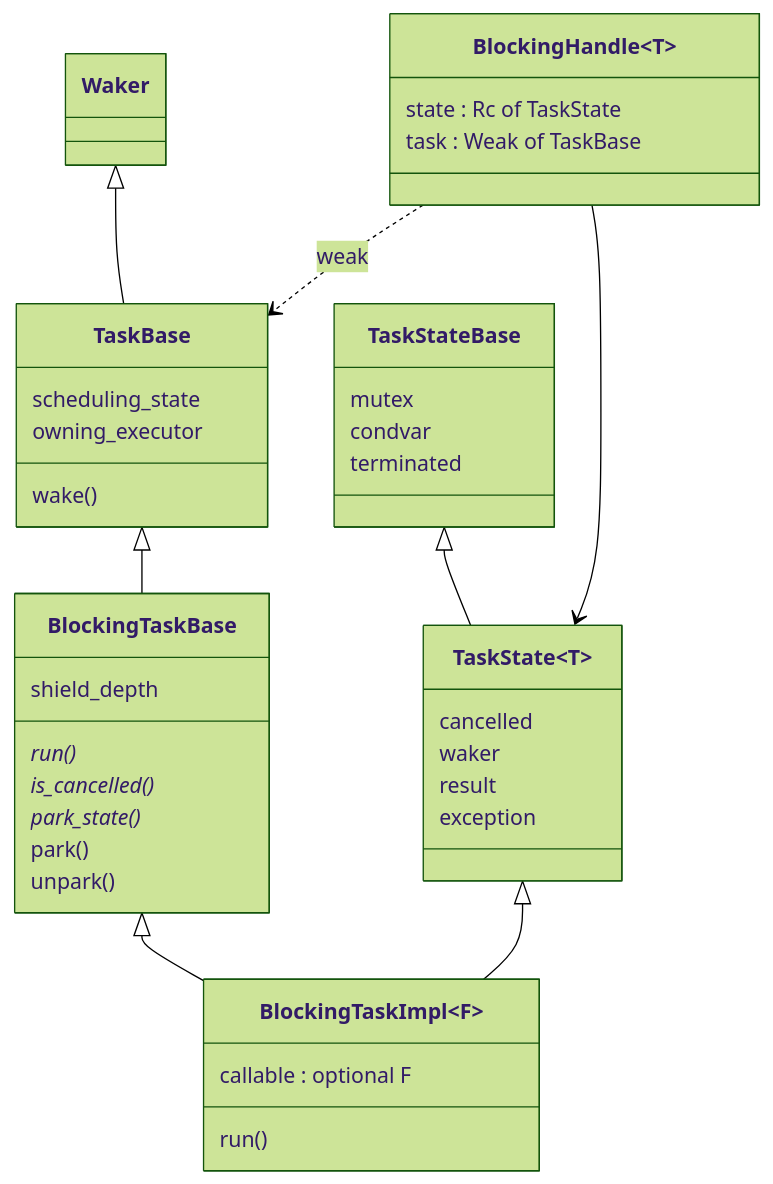
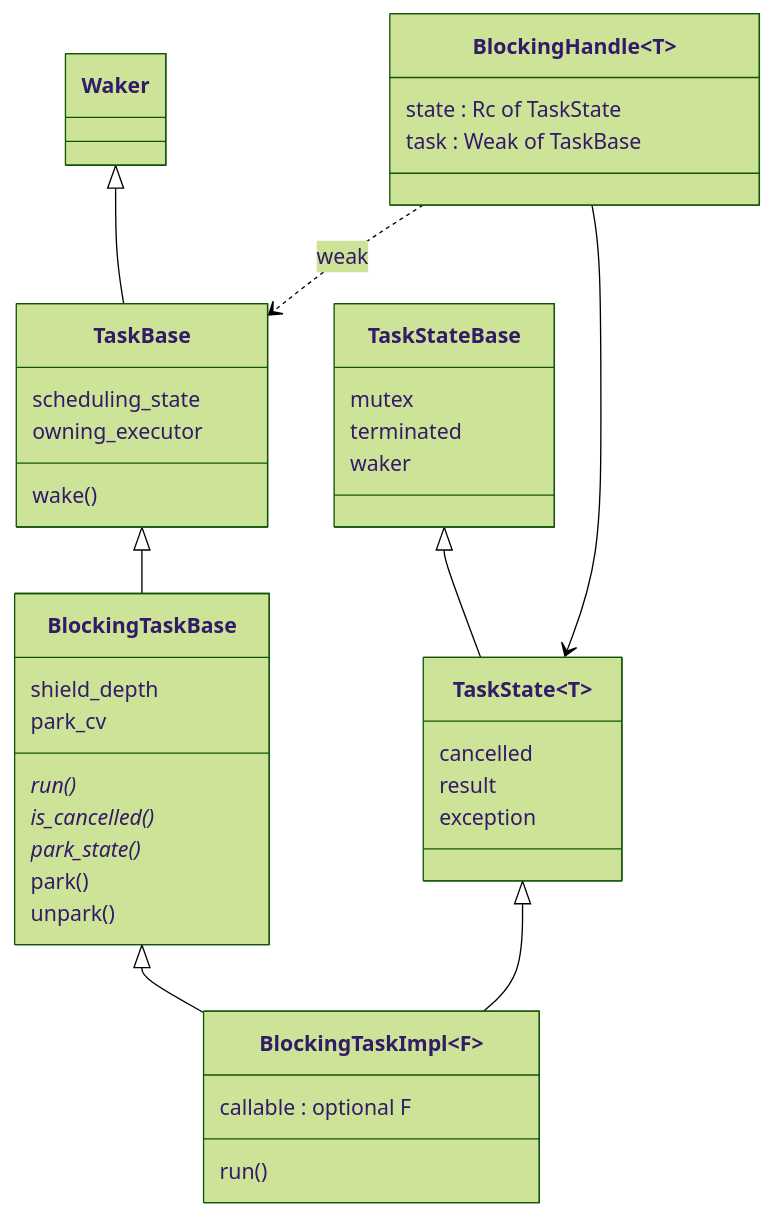
Before and after one commit to bts164/coro: the first of 4 diagrams in doc/design/spawn_blocking.md, drawn with Mermaid (forest theme). The commit also changed other lines of this file and 43 other files, not shown here.

````diff
--- a/doc/design/spawn_blocking.md
+++ b/doc/design/spawn_blocking.md
@@ -200,43 +200,43 @@
 ```mermaid
 classDiagram
     class Waker
     class TaskBase {
         scheduling_state
         owning_executor
         wake()
     }
     class TaskStateBase {
         mutex
-        condvar
         terminated
+        waker
     }
     class TaskState~T~ {
         cancelled
-        waker
         result
         exception
     }
     class BlockingTaskBase {
         shield_depth
+        park_cv
         run()*
         is_cancelled()*
         park_state()*
         park()
         unpark()
     }
     class BlockingTaskImpl~F~ {
         callable : optional F
         run()
     }
     class BlockingHandle~T~ {
         state : Rc of TaskState
         task : Weak of TaskBase
     }
     Waker <|-- TaskBase
     TaskBase <|-- BlockingTaskBase
     BlockingTaskBase <|-- BlockingTaskImpl~F~
     TaskStateBase <|-- TaskState~T~
     TaskState~T~ <|-- BlockingTaskImpl~F~
     BlockingHandle~T~ --> TaskState~T~
     BlockingHandle~T~ ..> TaskBase : weak
 ```
````
